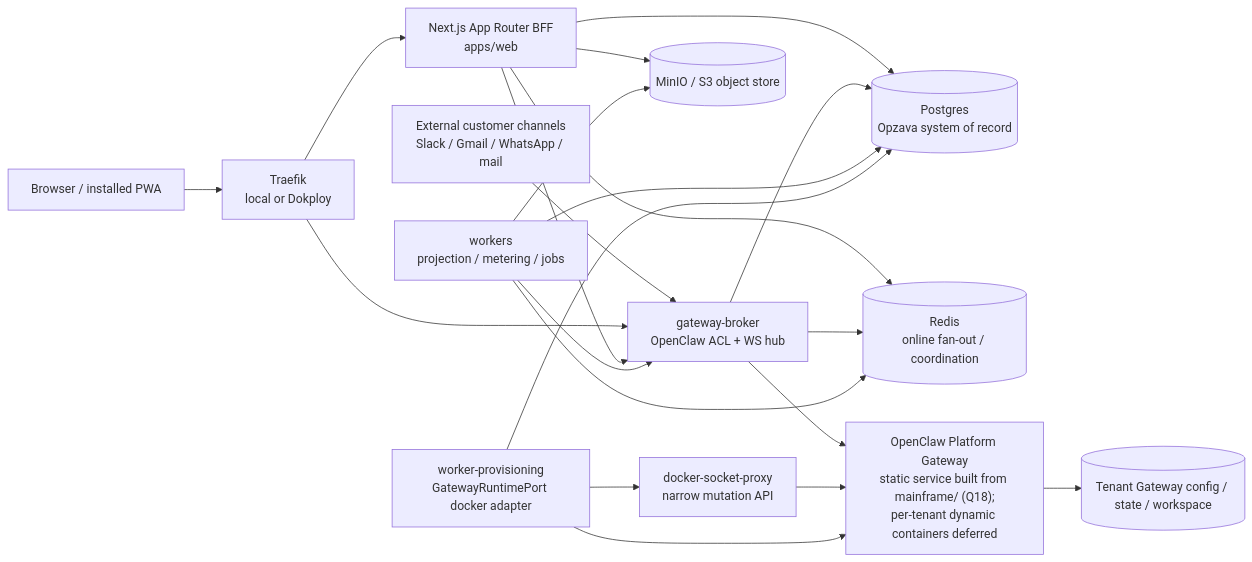
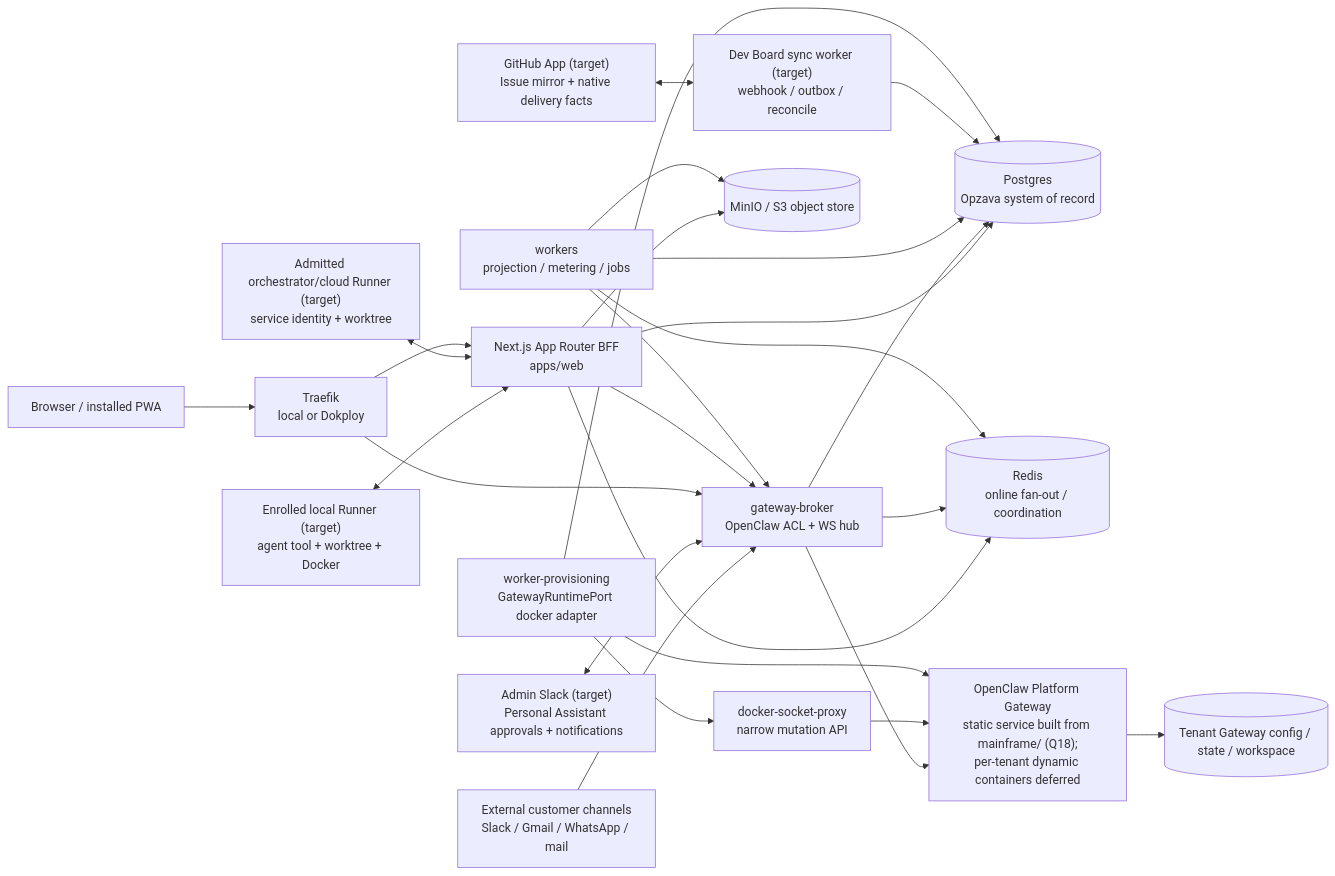
One commit to anthonykewl20/opzava changed the diagram in ARCHITECTURE.md. Above: the diagram before and after it, drawn with Mermaid. The commit also changed other lines of this file and 41 other files, not shown here.

Commit message:
docs: define Dev Board and retire stale Tasks guidance

````diff
--- a/ARCHITECTURE.md
+++ b/ARCHITECTURE.md
@@ -24,29 +24,34 @@
 ```mermaid
 flowchart LR
   Browser["Browser / installed PWA"] --> Traefik["Traefik\nlocal or Dokploy"]
   External["External customer channels\nSlack / Gmail / WhatsApp / mail"] --> Broker["gateway-broker\nOpenClaw ACL + WS hub"]
+  GitHub["GitHub App (target)\nIssue mirror + native delivery facts"] <--> DevSync["Dev Board sync worker (target)\nwebhook / outbox / reconcile"]
+  SlackAdmin["Admin Slack (target)\nPersonal Assistant approvals + notifications"] <--> Broker
+  LocalRunner["Enrolled local Runner (target)\nagent tool + worktree + Docker"] <--> Next
+  CloudRunner["Admitted orchestrator/cloud Runner (target)\nservice identity + worktree"] <--> Next
 
   Traefik --> Next["Next.js App Router BFF\napps/web"]
   Traefik --> Broker
 
   Next --> Postgres[(Postgres\nOpzava system of record)]
   Next --> Broker
   Next --> Redis[(Redis\nonline fan-out / coordination)]
   Next --> MinIO[(MinIO / S3 object store)]
 
   Broker --> Postgres
   Broker --> Redis
   Broker --> Gateways["OpenClaw Platform Gateway\nstatic service built from mainframe/ (Q18);\nper-tenant dynamic containers deferred"]
 
   Workers["workers\nprojection / metering / jobs"] --> Postgres
   Workers --> Redis
   Workers --> MinIO
   Workers --> Broker
+  DevSync --> Postgres
 
   Provisioner["worker-provisioning\nGatewayRuntimePort docker adapter"] --> DockerProxy["docker-socket-proxy\nnarrow mutation API"]
   DockerProxy --> Gateways
   Provisioner --> Postgres
   Provisioner --> Gateways
 
   Gateways --> GatewayState[(Tenant Gateway config / state / workspace)]
 ```
````
